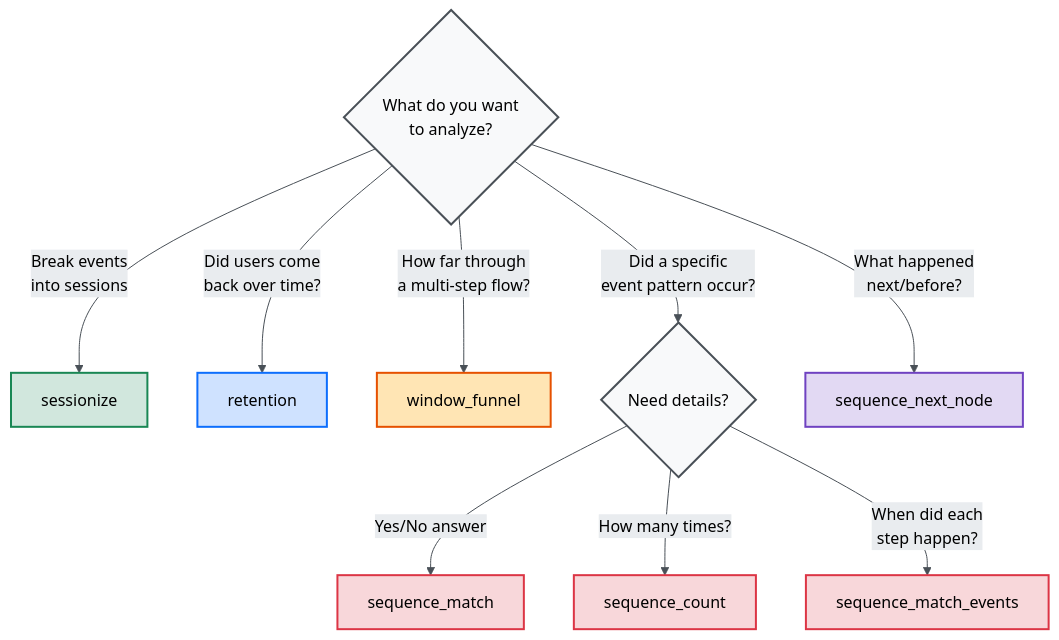
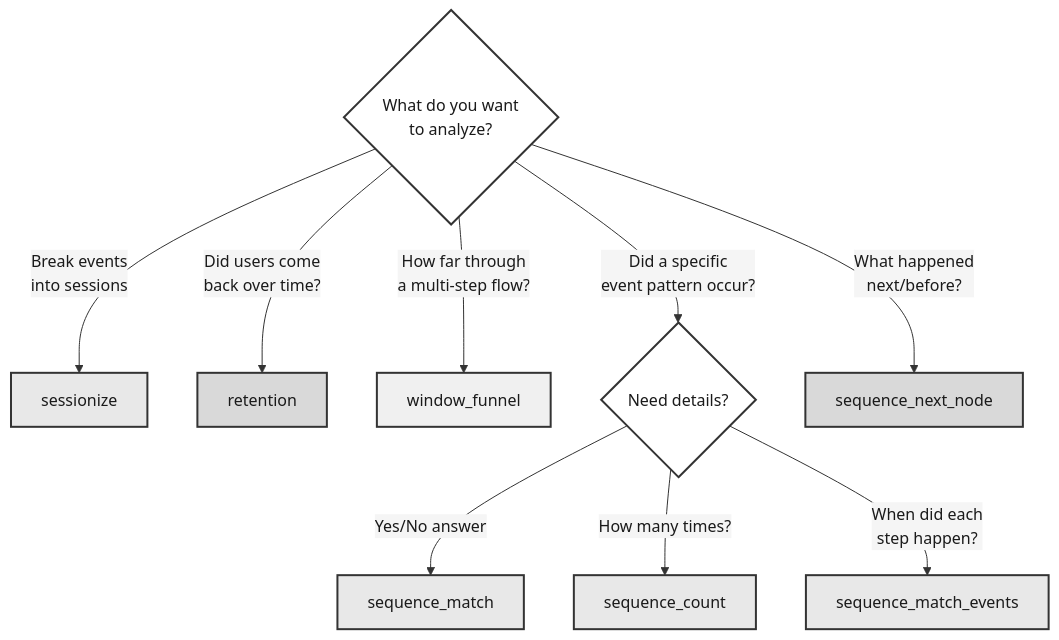
Before and after one commit to tomtom215/duckdb-behavioral: the diagram in docs/src/index.md, drawn with Mermaid. The commit also changed other lines of this file and 16 other files, not shown here.

First line of the commit message:
Enterprise quality: 23 new tests (411→434), Mermaid grayscale, doc updates

````diff
--- a/docs/src/index.md
+++ b/docs/src/index.md
@@ -135,23 +135,23 @@
 ```mermaid
-%%{init: {'theme': 'base', 'themeVariables': {'primaryColor': '#f8f9fa', 'primaryTextColor': '#000000', 'primaryBorderColor': '#495057', 'lineColor': '#495057', 'secondaryColor': '#e9ecef', 'tertiaryColor': '#dee2e6', 'textColor': '#000000'}}}%%
+%%{init: {'theme': 'base', 'themeVariables': {'primaryColor': '#ffffff', 'primaryTextColor': '#1a1a1a', 'primaryBorderColor': '#333333', 'lineColor': '#333333', 'secondaryColor': '#f5f5f5', 'tertiaryColor': '#e0e0e0', 'textColor': '#1a1a1a'}}}%%
 flowchart TD
     Q{What do you want<br/>to analyze?}
     Q -->|"Break events<br/>into sessions"| S["sessionize"]
     Q -->|"Did users come<br/>back over time?"| R["retention"]
     Q -->|"How far through<br/>a multi-step flow?"| WF["window_funnel"]
     Q -->|"Did a specific<br/>event pattern occur?"| SM{Need details?}
     SM -->|"Yes/No answer"| SEQ["sequence_match"]
     SM -->|"How many times?"| SC["sequence_count"]
     SM -->|"When did each<br/>step happen?"| SME["sequence_match_events"]
     Q -->|"What happened<br/>next/before?"| SNN["sequence_next_node"]
 
-    style Q fill:#f8f9fa,stroke:#495057,stroke-width:2px,color:#000000
-    style S fill:#d1e7dd,stroke:#198754,stroke-width:2px,color:#000000
-    style R fill:#cfe2ff,stroke:#0d6efd,stroke-width:2px,color:#000000
-    style WF fill:#ffe5b4,stroke:#e65100,stroke-width:2px,color:#000000
-    style SM fill:#f8f9fa,stroke:#495057,stroke-width:2px,color:#000000
-    style SEQ fill:#f8d7da,stroke:#dc3545,stroke-width:2px,color:#000000
-    style SC fill:#f8d7da,stroke:#dc3545,stroke-width:2px,color:#000000
-    style SME fill:#f8d7da,stroke:#dc3545,stroke-width:2px,color:#000000
-    style SNN fill:#e2d9f3,stroke:#6f42c1,stroke-width:2px,color:#000000
+    style Q fill:#ffffff,stroke:#333333,stroke-width:2px,color:#1a1a1a
+    style S fill:#e8e8e8,stroke:#333333,stroke-width:2px,color:#1a1a1a
+    style R fill:#d9d9d9,stroke:#333333,stroke-width:2px,color:#1a1a1a
+    style WF fill:#f0f0f0,stroke:#333333,stroke-width:2px,color:#1a1a1a
+    style SM fill:#ffffff,stroke:#333333,stroke-width:2px,color:#1a1a1a
+    style SEQ fill:#e8e8e8,stroke:#333333,stroke-width:2px,color:#1a1a1a
+    style SC fill:#e8e8e8,stroke:#333333,stroke-width:2px,color:#1a1a1a
+    style SME fill:#e8e8e8,stroke:#333333,stroke-width:2px,color:#1a1a1a
+    style SNN fill:#d9d9d9,stroke:#333333,stroke-width:2px,color:#1a1a1a
 ```
````
